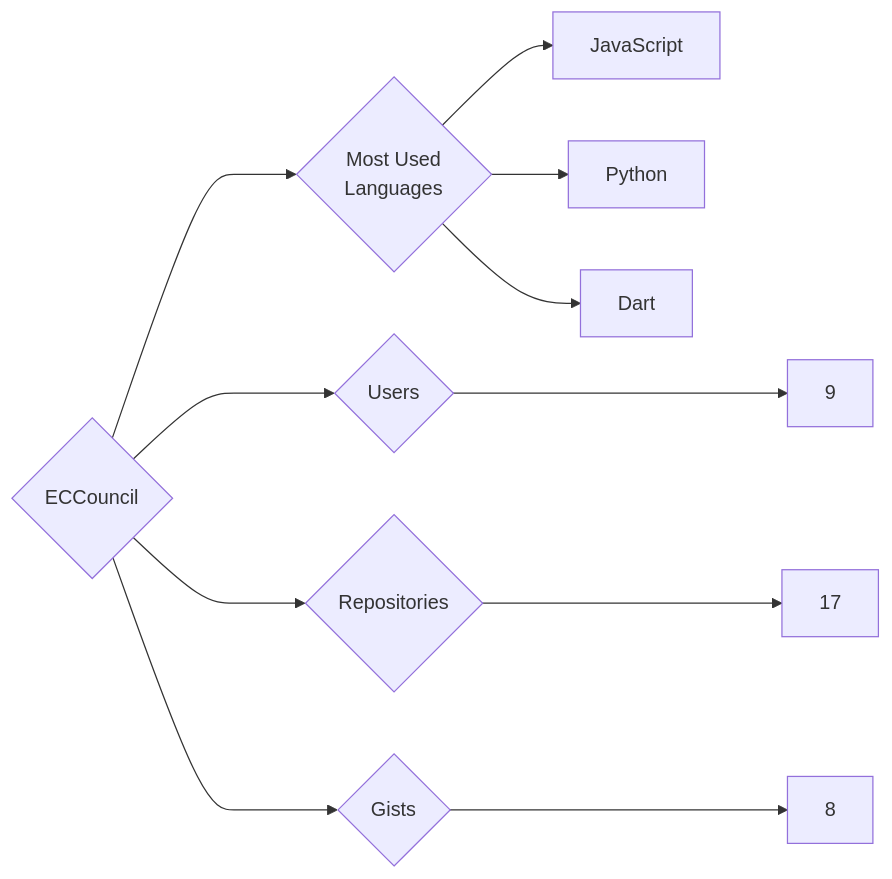
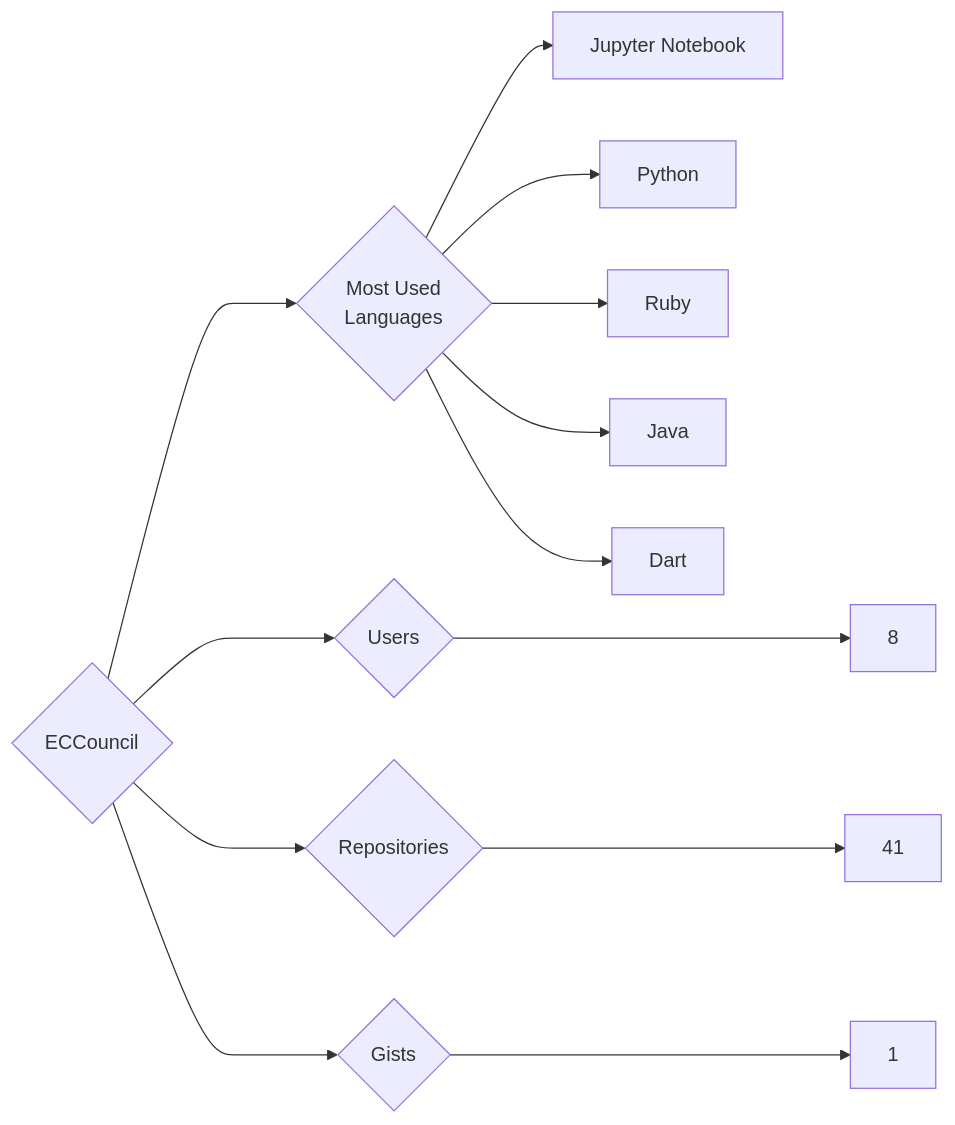
One commit to trickest/insiders changed the diagram in targets/ECCouncil/README.md. Above: the diagram before and after it, drawn with Mermaid. The commit also changed 1055 other files, not shown here.

````diff
--- a/targets/ECCouncil/README.md
+++ b/targets/ECCouncil/README.md
@@ -3,11 +3,13 @@
 ```mermaid
 graph LR
 COMPANY_NAME{ECCouncil}
-COMPANY_NAME ---> U{Users} ---> UN[9]
-COMPANY_NAME ---> R{Repositories} ---> RN[17]
-COMPANY_NAME ---> G{Gists} ---> GN[8]
+COMPANY_NAME ---> U{Users} ---> UN[8]
+COMPANY_NAME ---> R{Repositories} ---> RN[41]
+COMPANY_NAME ---> G{Gists} ---> GN[1]
 COMPANY_NAME ---> ML{Most Used<br>Languages}
-ML --> JavaScript[JavaScript]
+ML --> Jupyter_Notebook[Jupyter Notebook]
 ML --> Python[Python]
+ML --> Ruby[Ruby]
+ML --> Java[Java]
 ML --> Dart[Dart]
 ```
````
